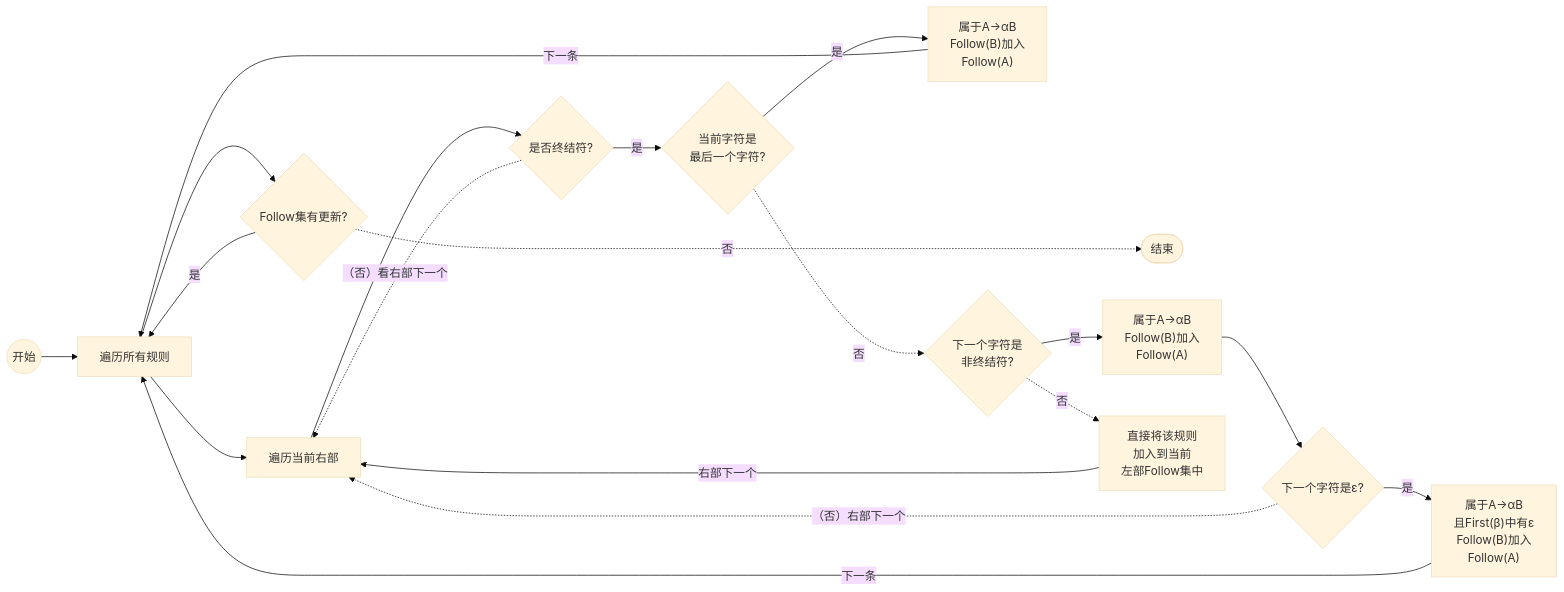
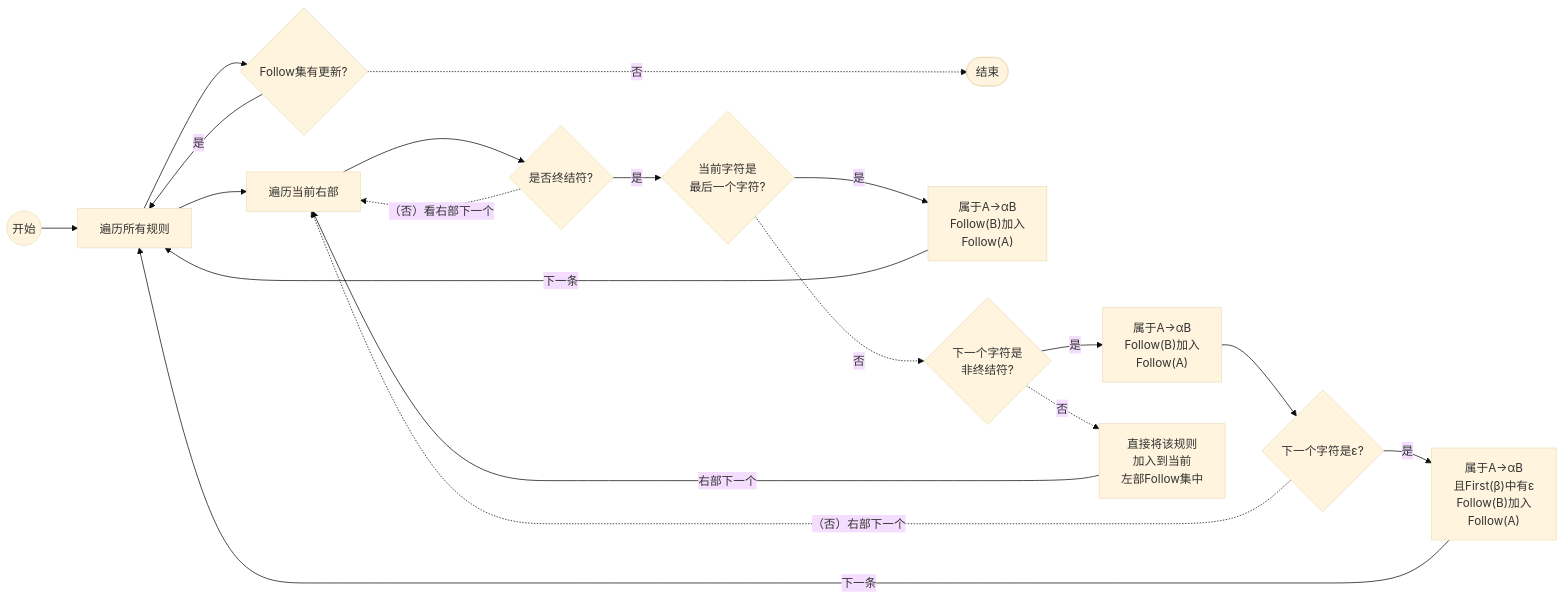
The sixth of 6 diagrams in BNFProcessor/readme.md (Lyuyk/Compile-Principle-Course-Labs), drawn with Mermaid (base theme) before and after one commit. The commit also changed other lines of this file, not shown here.

````diff
--- a/BNFProcessor/readme.md
+++ b/BNFProcessor/readme.md
@@ -147,19 +147,19 @@
 ```mermaid
 flowchart LR
 s((开始))-->s1[遍历所有规则]-->if{Follow集有更新?}
-if-.否....->se([结束])
+if-.否...->se([结束])
 if--是-->s1
 
 s1-->s2[遍历当前右部]-->if2{是否终结符?}
 if2--是-->if3{当前字符是\n最后一个字符?}
 if2-."（否）看右部下一个".->s2
 
 if3--是-->s3["属于A->αB\nFollow(B)加入\nFollow(A)"]--下一条-->s1
 if3-.否.->if4{下一个字符是\n非终结符?}
 
 if4--是-->s4["属于A->αB\nFollow(B)加入\nFollow(A)"]-->if5{下一个字符是ɛ?}
 if4-.否.->s5["直接将该规则\n加入到当前\n左部Follow集中"]--右部下一个-->s2
 
 if5-."（否）右部下一个".->s2
 if5--是-->s6["属于A->αB\n且First(β)中有ε\nFollow(B)加入\nFollow(A)"]--下一条-->s1
 ```
````
